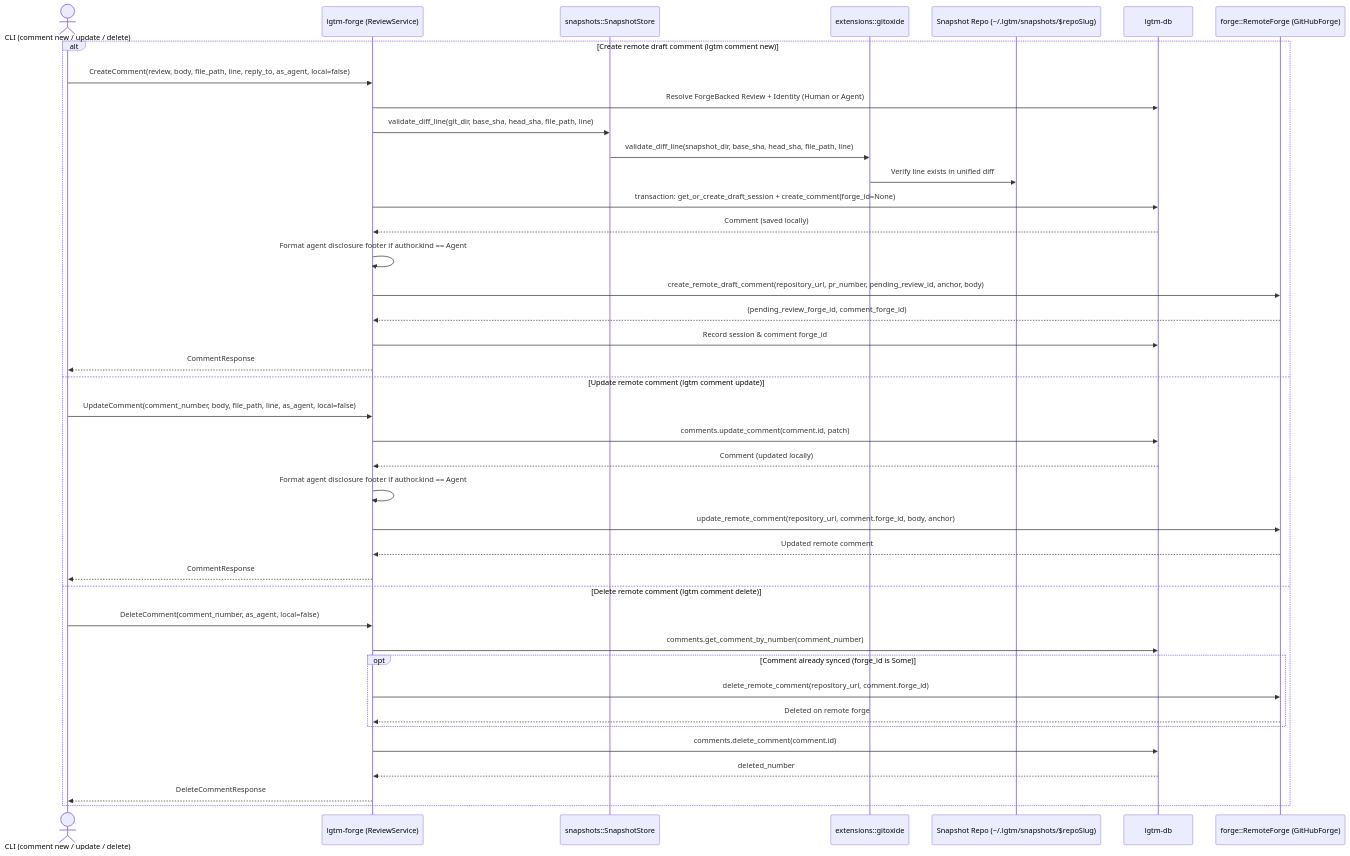
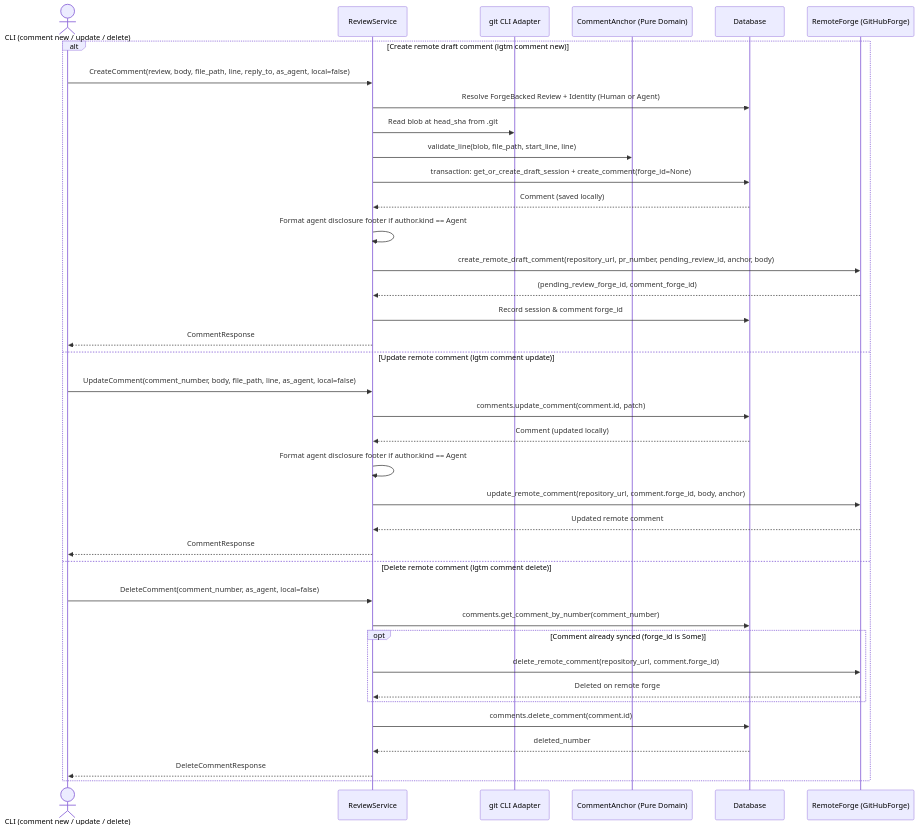
Before and after one commit to difflab-io/lgtm: the ninth of 11 diagrams in docs/architecture/forge/index.md, drawn with Mermaid. The commit also changed other lines of this file and 26 other files, not shown here.

Commit message:
feat(forge,cli): isolate local snapshot store, purify domain models, and refine authorship

````diff
--- a/docs/architecture/forge/index.md
+++ b/docs/architecture/forge/index.md
@@ -481,43 +459,41 @@
 ```mermaid
 sequenceDiagram
     actor Caller as CLI (comment new / update / delete)
-    participant Service as lgtm-forge (ReviewService)
-    participant SnapStore as snapshots::SnapshotStore
-    participant Gix as extensions::gitoxide
-    participant Snapshot as Snapshot Repo (~/.lgtm/snapshots/$repoSlug)
-    participant DB as lgtm-db
-    participant Remote as forge::RemoteForge (GitHubForge)
+    participant Service as ReviewService
+    participant Git as git CLI Adapter
+    participant Anchor as CommentAnchor (Pure Domain)
+    participant DB as Database
+    participant Remote as RemoteForge (GitHubForge)
 
     alt Create remote draft comment (lgtm comment new)
         Caller->>Service: CreateComment(review, body, file_path, line, reply_to, as_agent, local=false)
         Service->>DB: Resolve ForgeBacked Review + Identity (Human or Agent)
-        Service->>SnapStore: validate_diff_line(git_dir, base_sha, head_sha, file_path, line)
-        SnapStore->>Gix: validate_diff_line(snapshot_dir, base_sha, head_sha, file_path, line)
-        Gix->>Snapshot: Verify line exists in unified diff
+        Service->>Git: Read blob at head_sha from .git
+        Service->>Anchor: validate_line(blob, file_path, start_line, line)
         Service->>DB: transaction: get_or_create_draft_session + create_comment(forge_id=None)
         DB-->>Service: Comment (saved locally)
         Service->>Service: Format agent disclosure footer if author.kind == Agent
         Service->>Remote: create_remote_draft_comment(repository_url, pr_number, pending_review_id, anchor, body)
         Remote-->>Service: (pending_review_forge_id, comment_forge_id)
         Service->>DB: Record session & comment forge_id
         Service-->>Caller: CommentResponse
     else Update remote comment (lgtm comment update)
         Caller->>Service: UpdateComment(comment_number, body, file_path, line, as_agent, local=false)
         Service->>DB: comments.update_comment(comment.id, patch)
         DB-->>Service: Comment (updated locally)
         Service->>Service: Format agent disclosure footer if author.kind == Agent
         Service->>Remote: update_remote_comment(repository_url, comment.forge_id, body, anchor)
         Remote-->>Service: Updated remote comment
         Service-->>Caller: CommentResponse
     else Delete remote comment (lgtm comment delete)
         Caller->>Service: DeleteComment(comment_number, as_agent, local=false)
         Service->>DB: comments.get_comment_by_number(comment_number)
         opt Comment already synced (forge_id is Some)
             Service->>Remote: delete_remote_comment(repository_url, comment.forge_id)
             Remote-->>Service: Deleted on remote forge
         end
         Service->>DB: comments.delete_comment(comment.id)
         DB-->>Service: deleted_number
         Service-->>Caller: DeleteCommentResponse
     end
 ```
````
